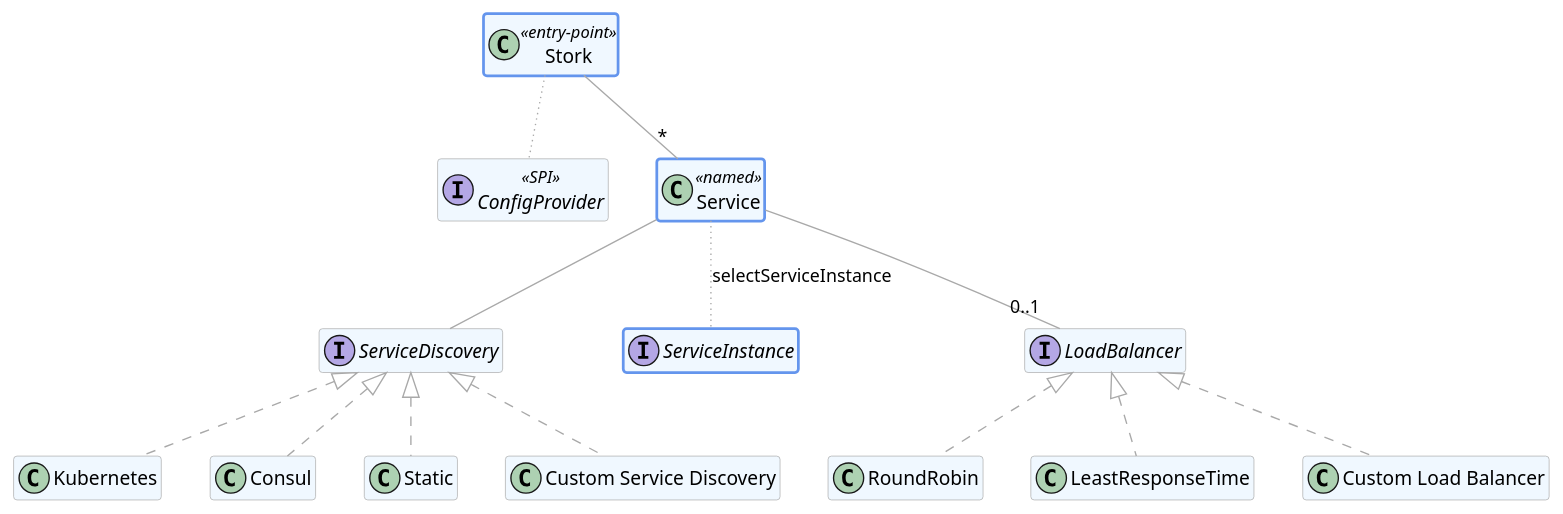
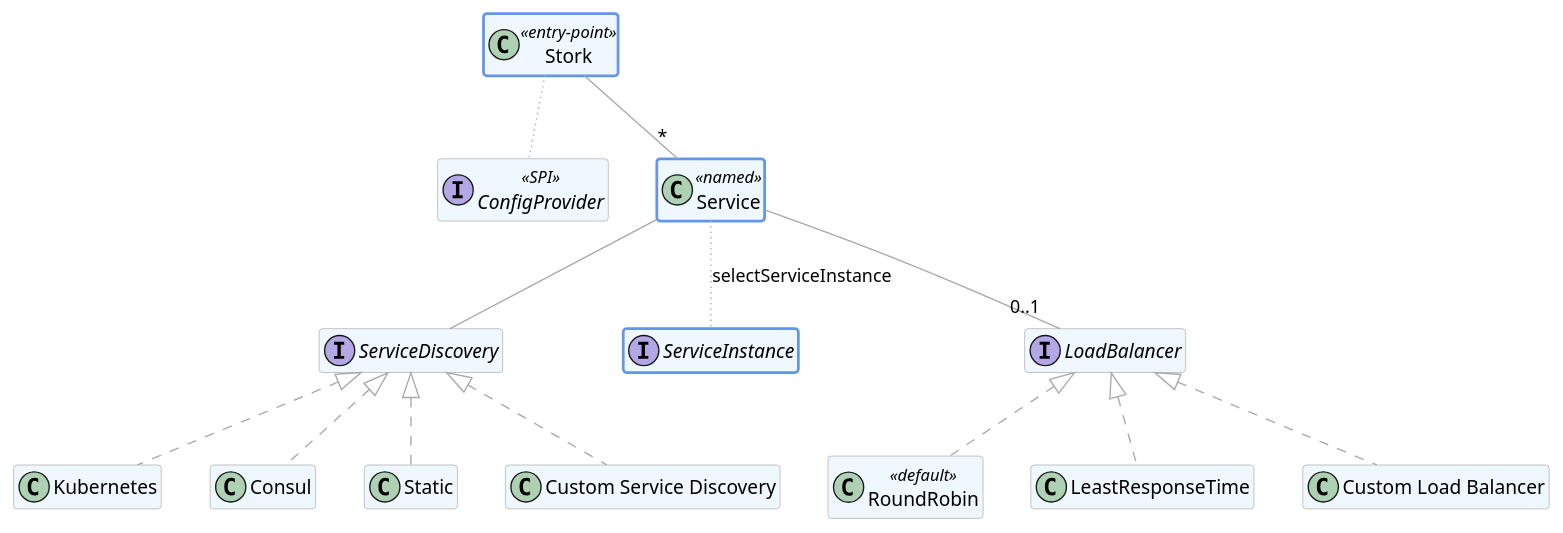
The diagram in docs/diagrams/stork.puml (smallrye/smallrye-stork), drawn with PlantUML before and after one commit. The commit also changed 13 other files, not shown here.

Commit message:
Use round-robin as default load-balancing strategy

```diff
--- a/docs/diagrams/stork.puml
+++ b/docs/diagrams/stork.puml
@@ -1,31 +1,31 @@
 @startuml
 skinparam class {
     BackgroundColor AliceBlue
     ArrowColor DarkGrey
     BorderColor DarkGrey
 }
 hide members
 class Stork <<entry-point>> #line.bold;line:CornflowerBlue
 interface ServiceDiscovery
 interface ServiceInstance #line.bold;line:CornflowerBlue
 interface LoadBalancer
 interface ConfigProvider <<SPI>>
 class Service <<named>> #line.bold;line:CornflowerBlue
 
 Stork --[dotted] ConfigProvider
 Stork -- "*" Service
 Service -- ServiceDiscovery
 Service -- "0..1" LoadBalancer
 
 Service --[dotted] ServiceInstance: selectServiceInstance
 
 class Kubernetes implements ServiceDiscovery
 class Consul implements ServiceDiscovery
 class Static implements ServiceDiscovery
 class "Custom Service Discovery" implements ServiceDiscovery
 
-class RoundRobin implements LoadBalancer
+class RoundRobin<<default>> implements LoadBalancer
 class LeastResponseTime implements LoadBalancer
 class "Custom Load Balancer" implements LoadBalancer
 
 @enduml
```
